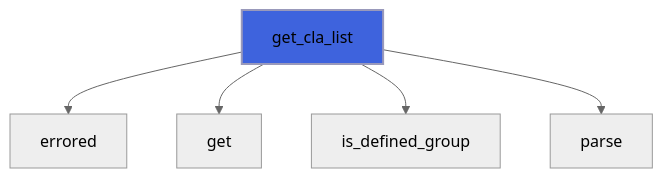
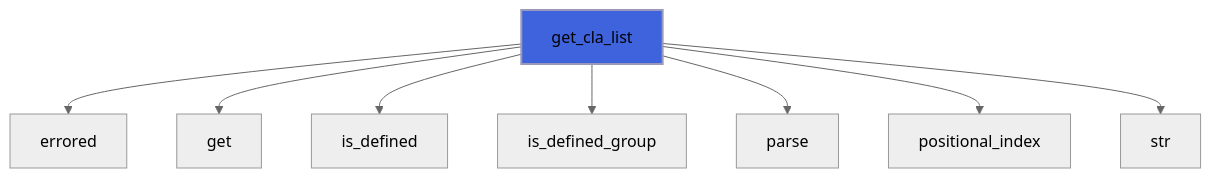
Diagram 21 of 57 in docs/api/src/lib/flap_command_line_interface_t.md (szaghi/FLAP), drawn with Mermaid (neutral theme) before and after one commit. The commit also changed other lines of this file and 17 other files, not shown here.

````diff
--- a/docs/api/src/lib/flap_command_line_interface_t.md
+++ b/docs/api/src/lib/flap_command_line_interface_t.md
@@ -584,8 +860,11 @@
 ```mermaid
 flowchart TD
   get_cla_list["get_cla_list"] --> errored["errored"]
   get_cla_list["get_cla_list"] --> get["get"]
+  get_cla_list["get_cla_list"] --> is_defined["is_defined"]
   get_cla_list["get_cla_list"] --> is_defined_group["is_defined_group"]
   get_cla_list["get_cla_list"] --> parse["parse"]
+  get_cla_list["get_cla_list"] --> positional_index["positional_index"]
+  get_cla_list["get_cla_list"] --> str["str"]
   style get_cla_list fill:#3e63dd,stroke:#99b,stroke-width:2px
 ```
````
